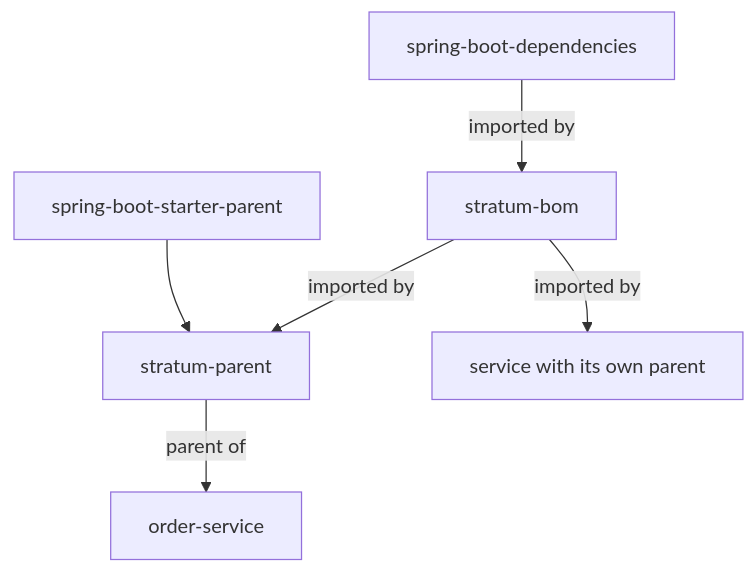
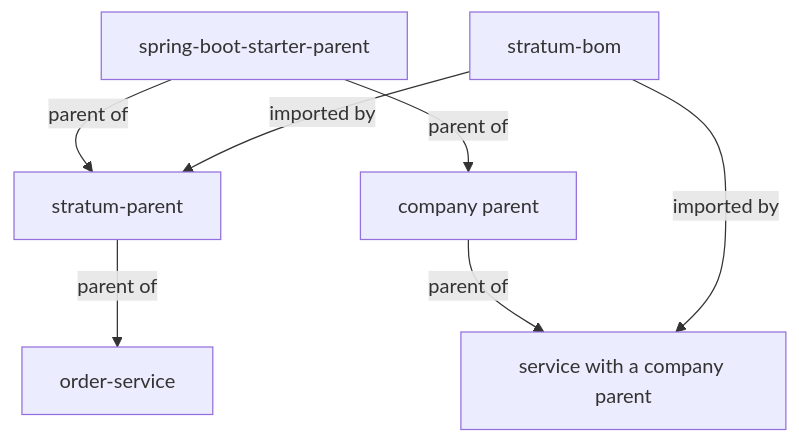
The diagram in docs/modules/parent-and-bom.md (exepex/stratum), drawn with Mermaid before and after one commit. The commit also changed other lines of this file and 13 other files, not shown here.

First line of the commit message:
Document using Stratum next to a company framework

````diff
--- a/docs/modules/parent-and-bom.md
+++ b/docs/modules/parent-and-bom.md
@@ -18,8 +18,9 @@
 ```mermaid
 flowchart TD
-    SB[spring-boot-starter-parent] --> SP[stratum-parent]
+    SB[spring-boot-starter-parent] -->|parent of| SP[stratum-parent]
+    SB -->|parent of| CP[company parent]
     BOM[stratum-bom] -->|imported by| SP
-    SBB[spring-boot-dependencies] -->|imported by| BOM
     SP -->|parent of| S1[order-service]
-    BOM -->|imported by| S2[service with its own parent]
+    CP -->|parent of| S2[service with a company parent]
+    BOM -->|imported by| S2
 ```
````
